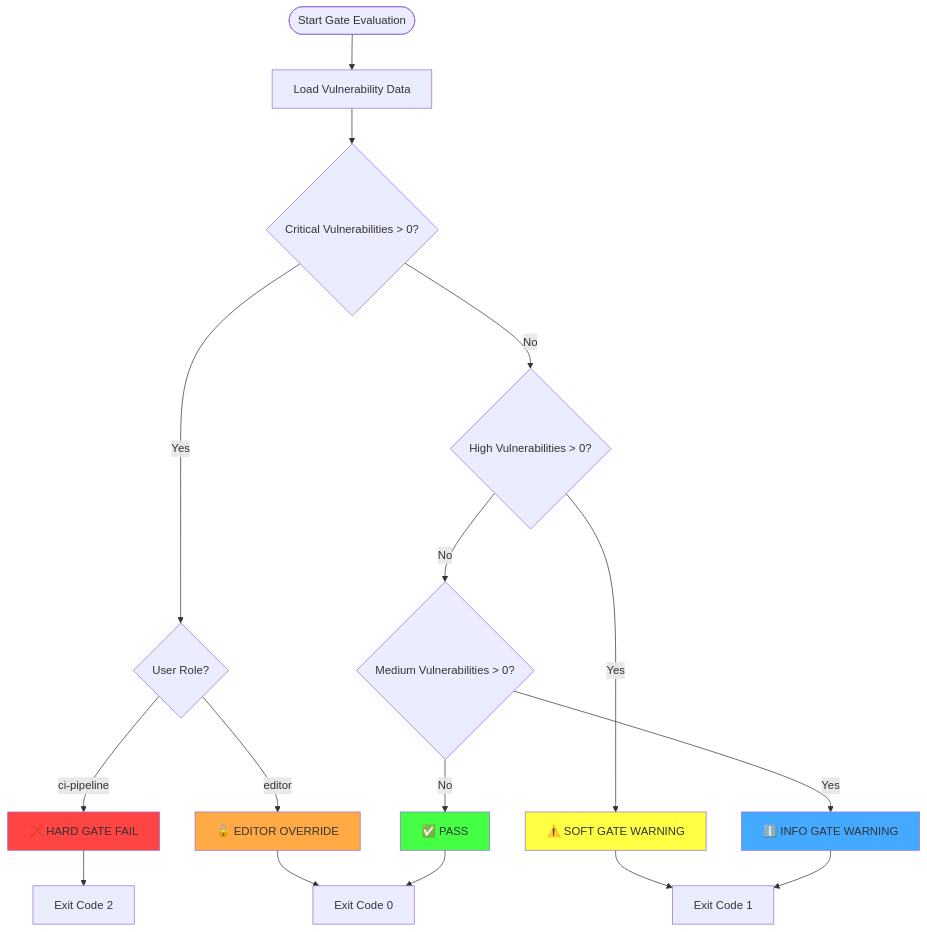
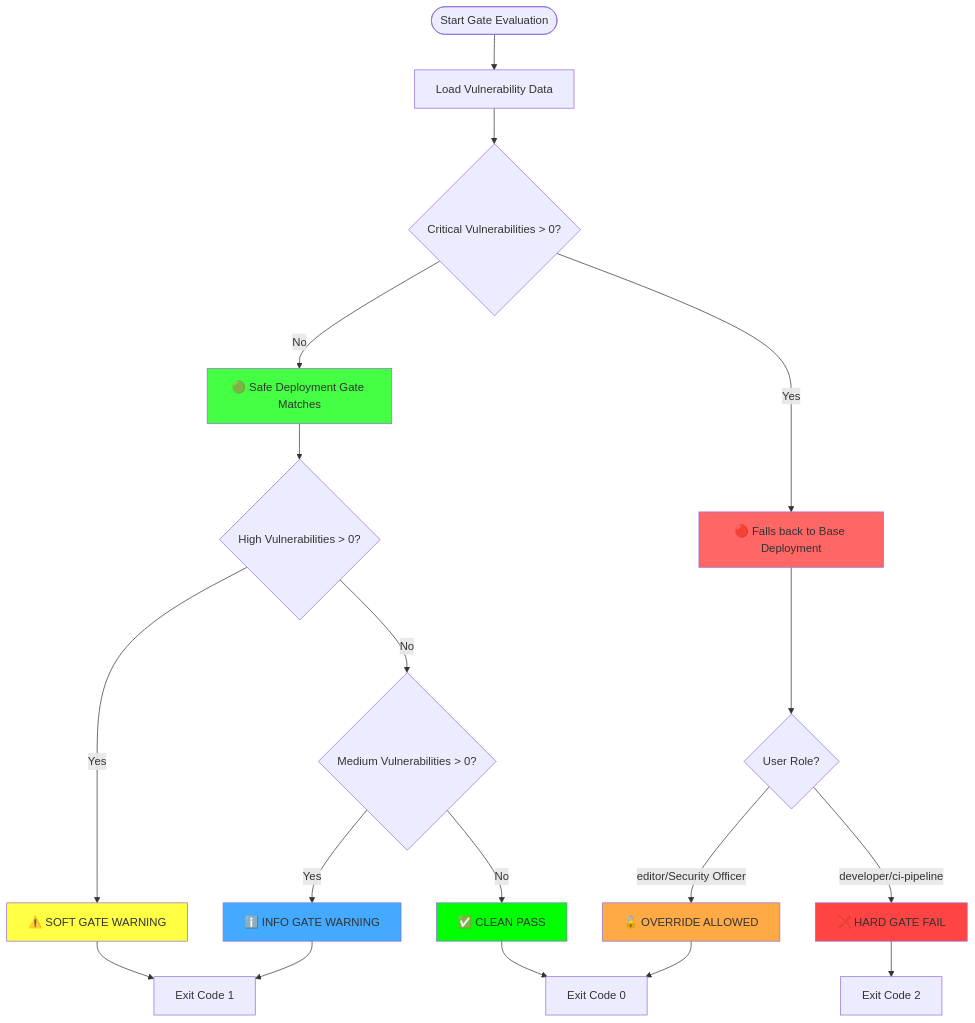
The first of 7 diagrams in permit-gating/docs/diagrams/gate-decision-matrix.md (AndreaRamirez17/POC_bckup), drawn with Mermaid before and after one commit. The commit also changed other lines of this file and 11 other files, not shown here.

First line of the commit message:
Implement Safe Deployment Gate with dynamic role assignment and optimized architecture

````diff
--- a/permit-gating/docs/diagrams/gate-decision-matrix.md
+++ b/permit-gating/docs/diagrams/gate-decision-matrix.md
@@ -7,28 +7,31 @@
 ```mermaid
 flowchart TD
     Start([Start Gate Evaluation]) --> LoadData[Load Vulnerability Data]
     LoadData --> CheckCritical{Critical Vulnerabilities > 0?}
     
-    CheckCritical -->|Yes| CheckRole{User Role?}
-    CheckRole -->|ci-pipeline| HardFail[❌ HARD GATE FAIL]
-    CheckRole -->|editor| EditorOverride[🔓 EDITOR OVERRIDE]
+    CheckCritical -->|No| SafeGate[🟢 Safe Deployment Gate Matches]
+    SafeGate --> CheckHighSafe{High Vulnerabilities > 0?}
+    CheckHighSafe -->|Yes| SoftGate[⚠️ SOFT GATE WARNING]
+    CheckHighSafe -->|No| CheckMediumSafe{Medium Vulnerabilities > 0?}
+    CheckMediumSafe -->|Yes| InfoGate[ℹ️ INFO GATE WARNING]
+    CheckMediumSafe -->|No| CleanPass[✅ CLEAN PASS]
     
-    CheckCritical -->|No| CheckHigh{High Vulnerabilities > 0?}
-    CheckHigh -->|Yes| SoftGate[⚠️ SOFT GATE WARNING]
-    CheckHigh -->|No| CheckMedium{Medium Vulnerabilities > 0?}
+    CheckCritical -->|Yes| BaseResource[🔴 Falls back to Base Deployment]
+    BaseResource --> CheckRole{User Role?}
+    CheckRole -->|developer/ci-pipeline| HardFail[❌ HARD GATE FAIL]
+    CheckRole -->|editor/Security Officer| EditorOverride[🔓 OVERRIDE ALLOWED]
     
-    CheckMedium -->|Yes| InfoGate[ℹ️ INFO GATE WARNING]
-    CheckMedium -->|No| Pass[✅ PASS]
-    
-    HardFail --> ExitFail[Exit Code 2]
-    EditorOverride --> ExitSuccess[Exit Code 0]
+    CleanPass --> ExitSuccess[Exit Code 0]
     SoftGate --> ExitWarning[Exit Code 1]
     InfoGate --> ExitWarning
-    Pass --> ExitSuccess
+    EditorOverride --> ExitSuccess
+    HardFail --> ExitFail[Exit Code 2]
     
+    style SafeGate fill:#44ff44
+    style BaseResource fill:#ff6666
     style HardFail fill:#ff4444
     style EditorOverride fill:#ffaa44
     style SoftGate fill:#ffff44
     style InfoGate fill:#44aaff
-    style Pass fill:#44ff44
+    style CleanPass fill:#00ff00
 ```
````
